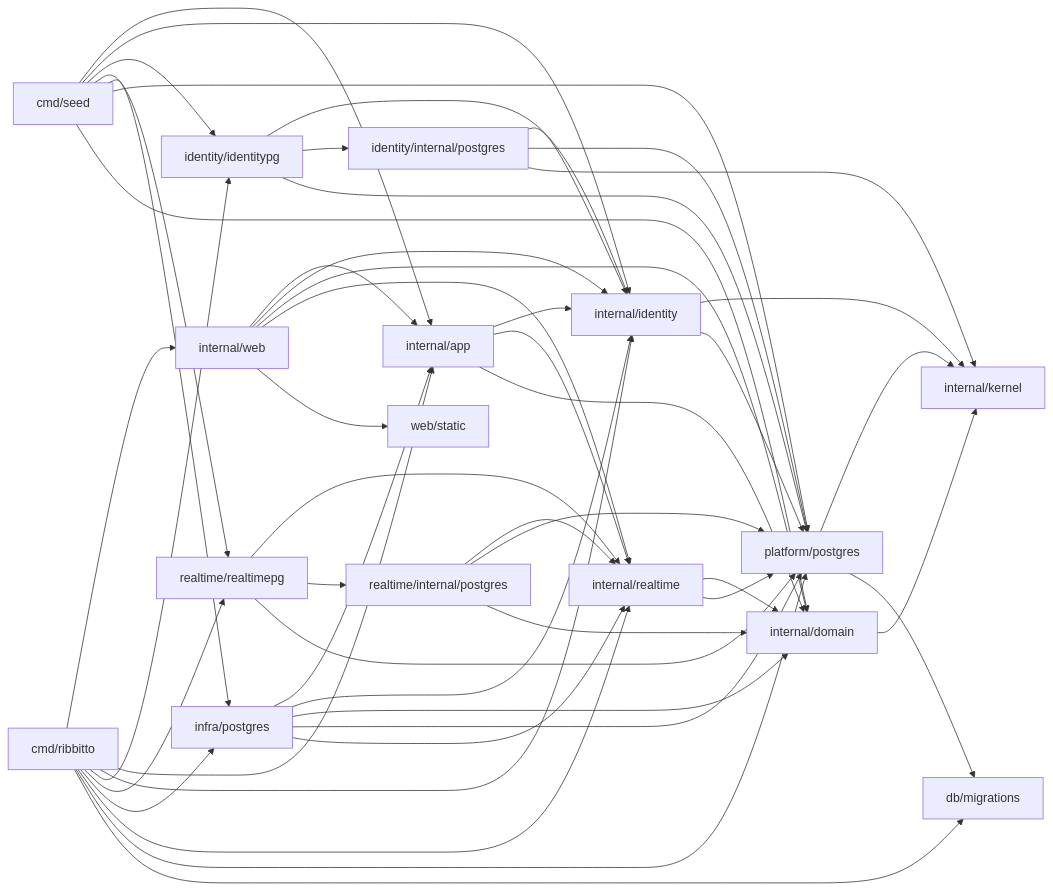
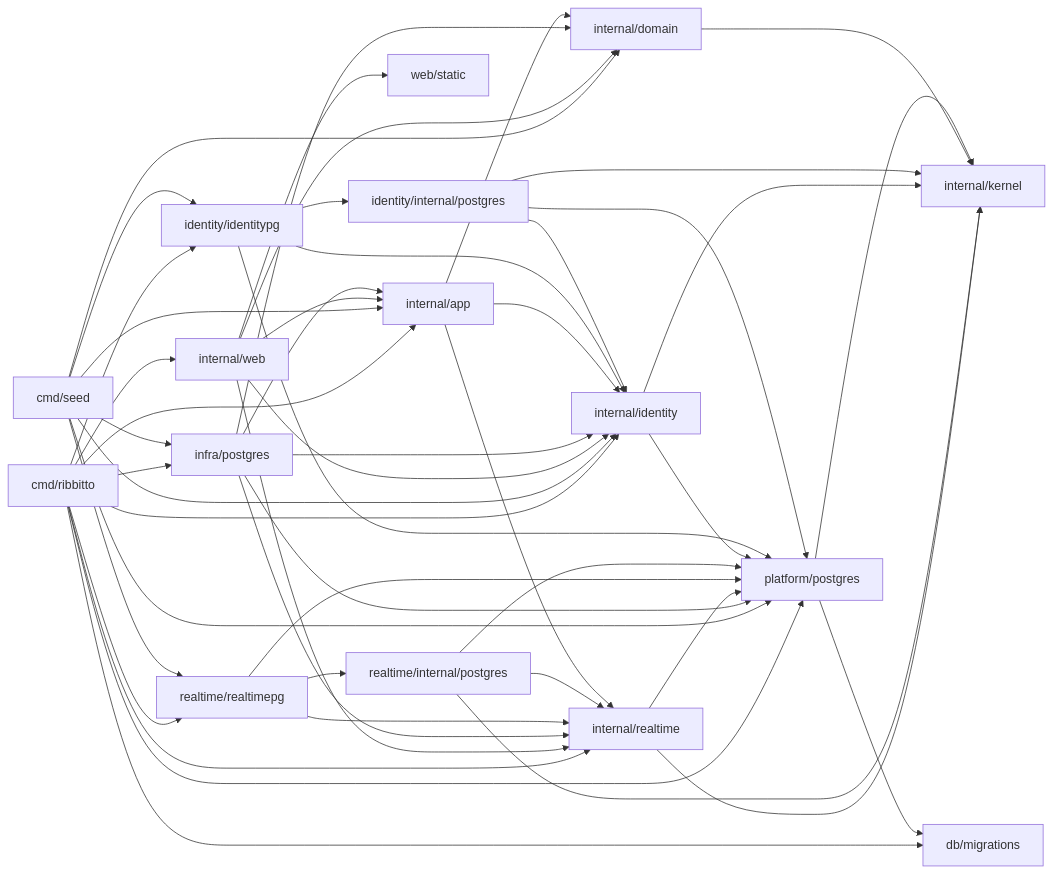
The diagram in docs/architecture/packages.md (tkakkie/ribbitto), drawn with Mermaid before and after one commit. The commit also changed other lines of this file and 25 other files, not shown here.

First line of the commit message:
refactor(realtime): use kernel.ID and stop importing domain

````diff
--- a/docs/architecture/packages.md
+++ b/docs/architecture/packages.md
@@ -62,16 +62,16 @@
 ```mermaid
 flowchart LR
   cmd[cmd/ribbitto] --> web & app & identity & identitypg[identity/identitypg] & realtimepg & postgres[infra/postgres] & realtime & platform[platform/postgres] & migrations[db/migrations]
   seed[cmd/seed] --> app & identity & identitypg & realtimepg & postgres & platform & domain
   web[internal/web] --> app & identity & domain & realtime & static[web/static]
   postgres --> app & identity & domain & platform & realtime
-  realtime[internal/realtime] --> domain & platform
+  realtime[internal/realtime] --> kernel & platform
   realtimepg[realtime/realtimepg] --> realtime & rstore[realtime/internal/postgres] & platform
-  rstore --> realtime & platform & domain
+  rstore --> realtime & platform & kernel
   app[internal/app] --> identity & realtime & domain[internal/domain]
   identity[internal/identity] --> kernel & platform
   identitypg --> identity & store[identity/internal/postgres] & platform
   store --> identity & platform & kernel
   domain --> kernel[internal/kernel]
   platform --> kernel & migrations
 ```
````
